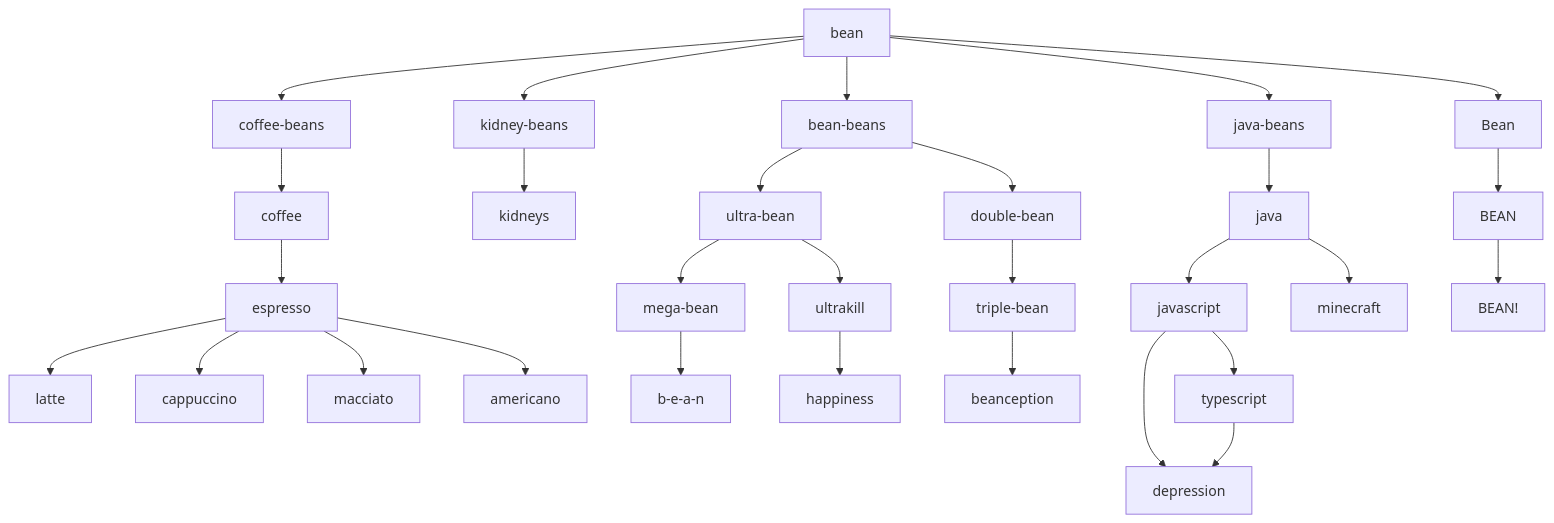
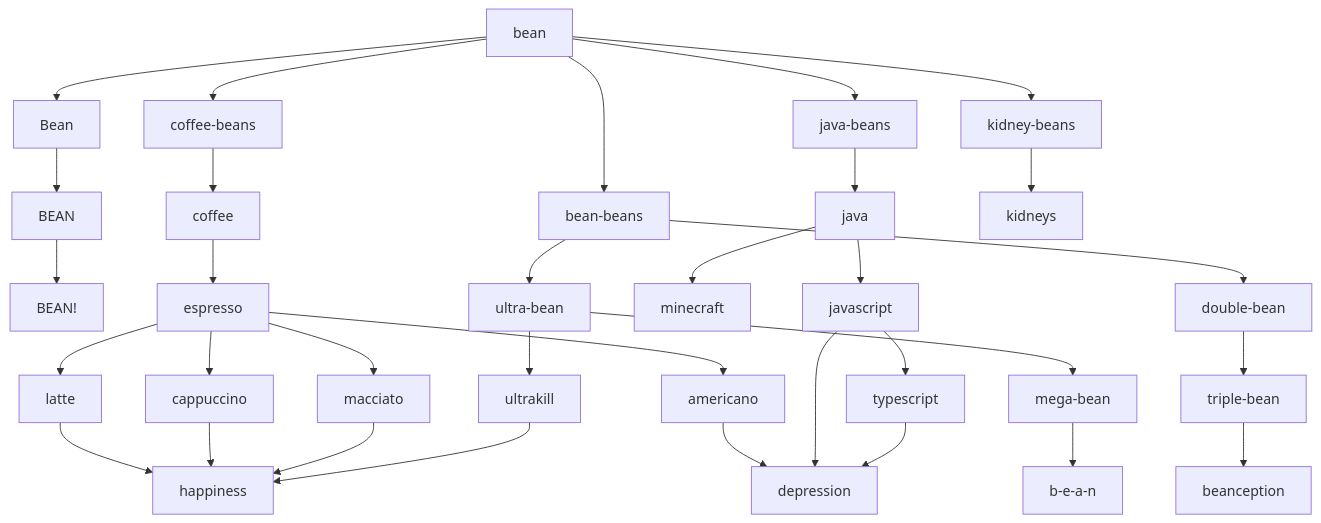
Before and after one commit to Drew-Robotics/drewbot-2024: the diagram in README.md, drawn with Mermaid.

````diff
--- a/README.md
+++ b/README.md
@@ -4,31 +4,35 @@
 ```mermaid
 graph TD;
   bean-->coffee-beans;
   bean-->kidney-beans;
   bean-->bean-beans;
   bean-->java-beans;
   bean-->Bean;
   Bean-->BEAN;
   BEAN-->BEAN!;
   coffee-beans-->coffee;
   coffee-->espresso;
   espresso-->latte;
   espresso-->cappuccino;
   espresso-->macciato;
   espresso-->americano;
+  latte-->happiness;
+  cappuccino-->happiness;
+  macciato-->happiness;
+  americano-->depression;
   java-beans-->java;
   java-->javascript;
   javascript-->depression;
   javascript-->typescript;
   typescript-->depression;
   java-->minecraft;
   bean-beans-->ultra-bean;
   ultra-bean-->mega-bean;
   ultra-bean-->ultrakill;
   ultrakill-->happiness;
   mega-bean-->b-e-a-n;
   bean-beans-->double-bean;
   double-bean-->triple-bean;
   triple-bean-->beanception;
   kidney-beans-->kidneys;
 ```
````
